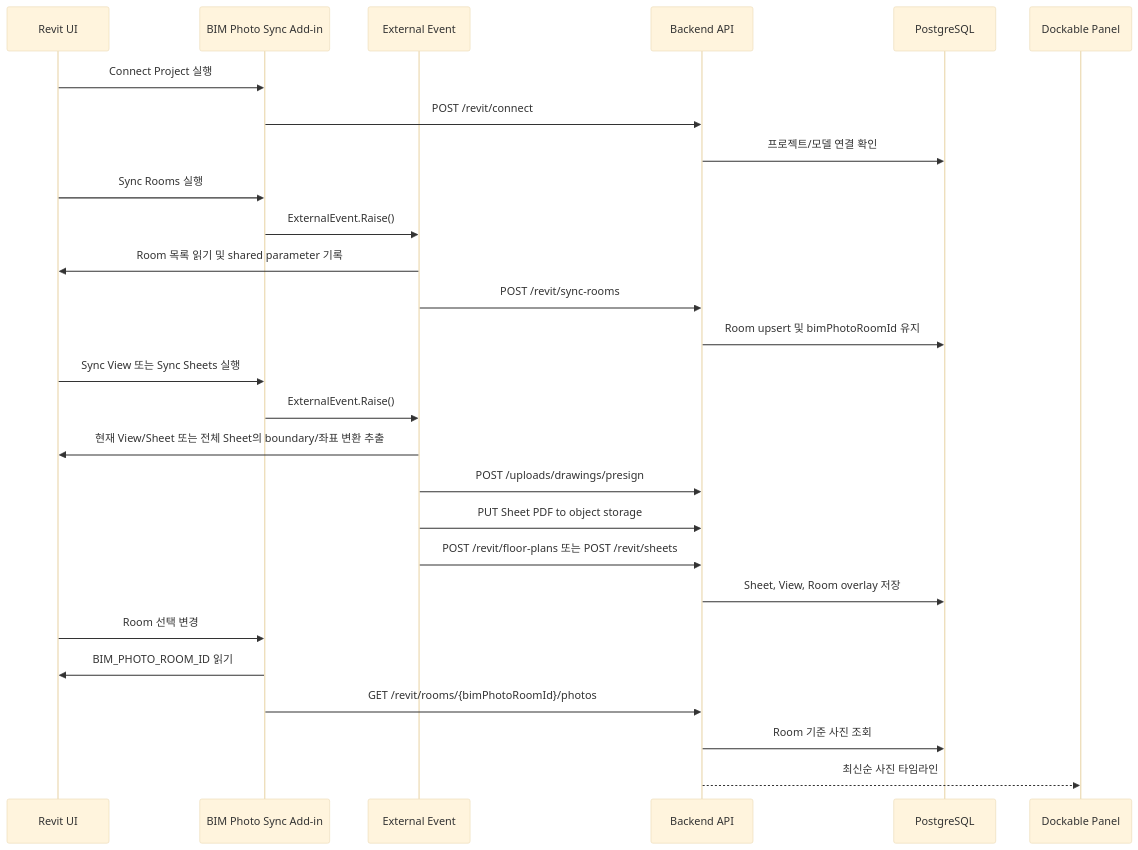
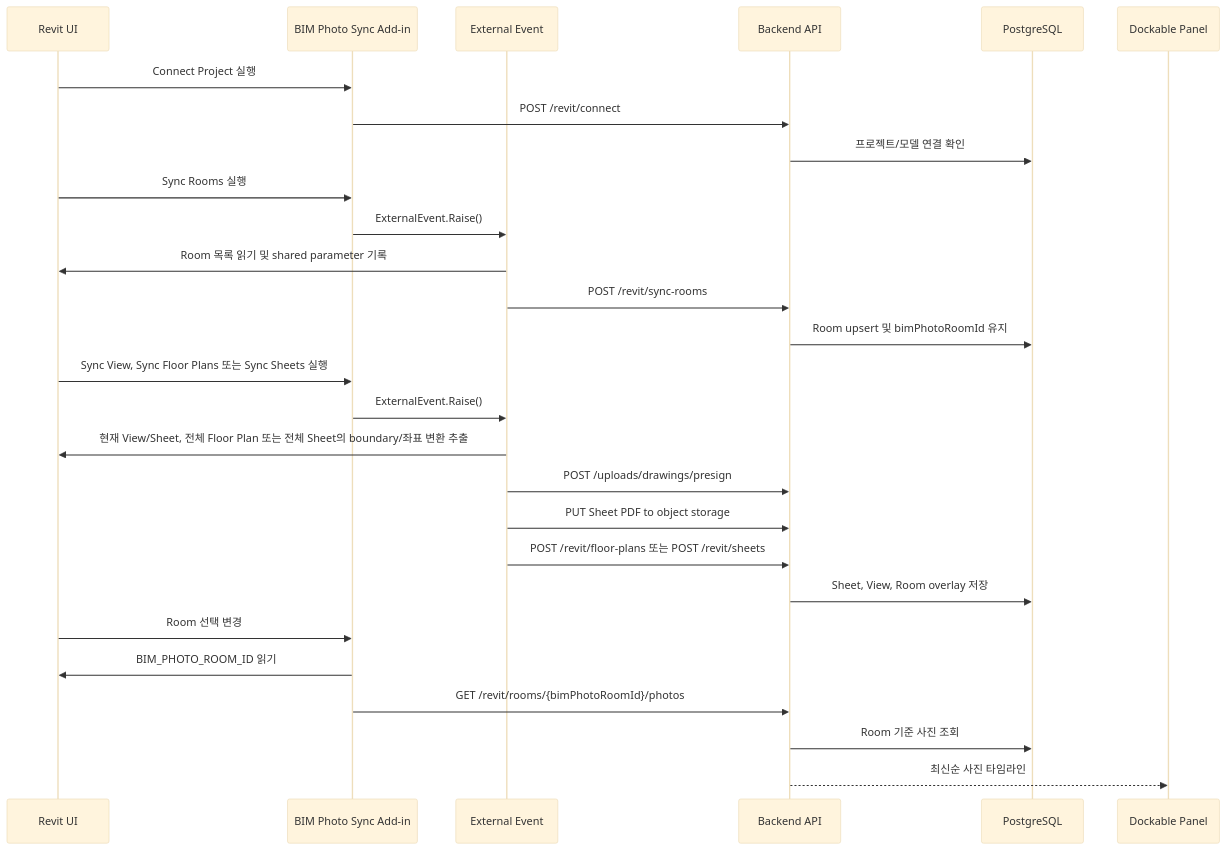
The fourth of 5 diagrams in README.md (KHSOL/BIMPhotoSync), drawn with Mermaid (base theme) before and after one commit. The commit also changed other lines of this file and 16 other files, not shown here.

Commit message:
Add floor plan sync and add-in packaging (#14)

````diff
--- a/README.md
+++ b/README.md
@@ -115,30 +118,30 @@
 ```mermaid
 sequenceDiagram
   participant Revit as Revit UI
   participant Addin as BIM Photo Sync Add-in
   participant Event as External Event
   participant API as Backend API
   participant DB as PostgreSQL
   participant Panel as Dockable Panel
 
   Revit->>Addin: Connect Project 실행
   Addin->>API: POST /revit/connect
   API->>DB: 프로젝트/모델 연결 확인
   Revit->>Addin: Sync Rooms 실행
   Addin->>Event: ExternalEvent.Raise()
   Event->>Revit: Room 목록 읽기 및 shared parameter 기록
   Event->>API: POST /revit/sync-rooms
   API->>DB: Room upsert 및 bimPhotoRoomId 유지
-  Revit->>Addin: Sync View 또는 Sync Sheets 실행
+  Revit->>Addin: Sync View, Sync Floor Plans 또는 Sync Sheets 실행
   Addin->>Event: ExternalEvent.Raise()
-  Event->>Revit: 현재 View/Sheet 또는 전체 Sheet의 boundary/좌표 변환 추출
+  Event->>Revit: 현재 View/Sheet, 전체 Floor Plan 또는 전체 Sheet의 boundary/좌표 변환 추출
   Event->>API: POST /uploads/drawings/presign
   Event->>API: PUT Sheet PDF to object storage
   Event->>API: POST /revit/floor-plans 또는 POST /revit/sheets
   API->>DB: Sheet, View, Room overlay 저장
   Revit->>Addin: Room 선택 변경
   Addin->>Revit: BIM_PHOTO_ROOM_ID 읽기
   Addin->>API: GET /revit/rooms/{bimPhotoRoomId}/photos
   API->>DB: Room 기준 사진 조회
   API-->>Panel: 최신순 사진 타임라인
 ```
````
